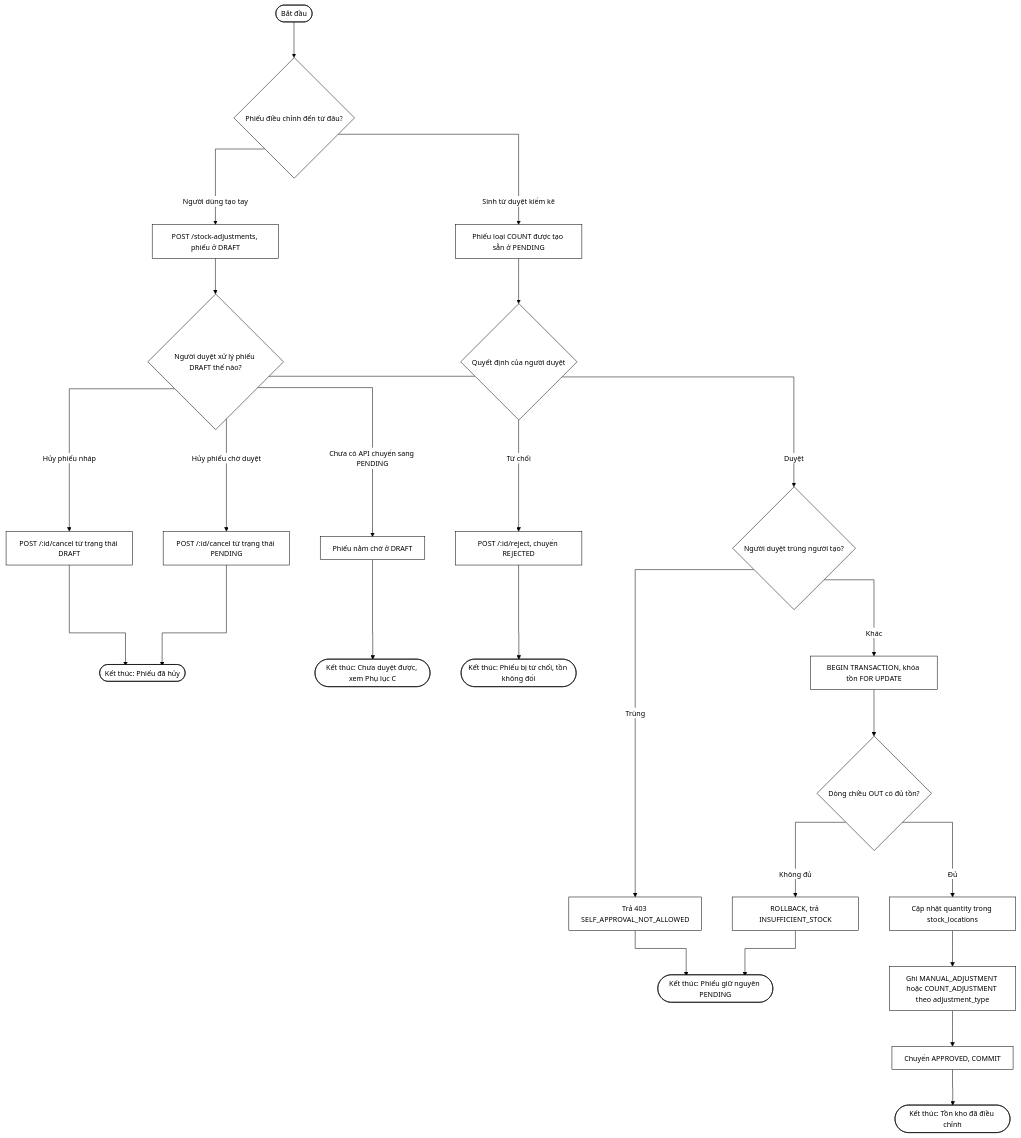
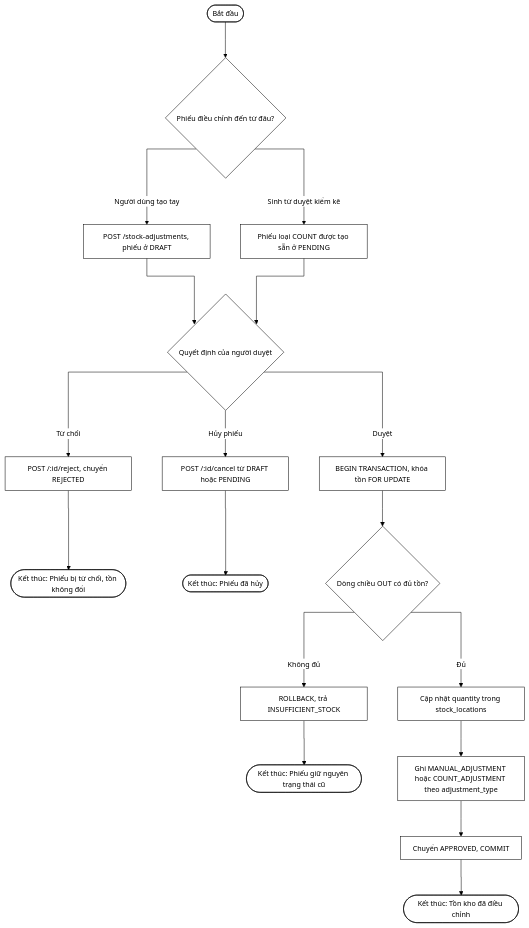
Before and after one commit to nguyenthihongnhu-dotcom/luanvan2026: the diagram in docs/diagrams/46_3-3-5_chuc-nang-dieu-chinh-ton-stock-adjustment_flow.mmd, drawn with Mermaid. The commit also changed 22 other files, not shown here.

```diff
--- a/docs/diagrams/46_3-3-5_chuc-nang-dieu-chinh-ton-stock-adjustment_flow.mmd
+++ b/docs/diagrams/46_3-3-5_chuc-nang-dieu-chinh-ton-stock-adjustment_flow.mmd
@@ -1,48 +1,41 @@
 %%{init: {
   'theme': 'base',
   'themeVariables': {
     'primaryColor': '#ffffff',
     'primaryBorderColor': '#000000',
     'primaryTextColor': '#000000',
     'secondaryColor': '#ffffff',
     'secondaryBorderColor': '#000000',
     'secondaryTextColor': '#000000',
     'tertiaryColor': '#ffffff',
     'tertiaryBorderColor': '#000000',
     'tertiaryTextColor': '#000000',
     'lineColor': '#000000',
     'textColor': '#000000',
     'mainBkg': '#ffffff',
     'nodeBorder': '#000000',
     'clusterBkg': '#ffffff',
     'clusterBorder': '#000000',
     'edgeLabelBackground': '#ffffff',
     'fontSize': '14px'
   },
   'flowchart': { 'curve': 'stepAfter', 'nodeSpacing': 60, 'rankSpacing': 70, 'padding': 12, 'useMaxWidth': false }
 }}%%
 flowchart TD
     Start(["Bắt đầu"]) --> A{"Phiếu điều chỉnh đến từ đâu?"}
     A -->|Người dùng tạo tay| B["POST /stock-adjustments, phiếu ở DRAFT"]
     A -->|Sinh từ duyệt kiểm kê| C["Phiếu loại COUNT được tạo sẵn ở PENDING"]
-    B --> Dn{"Người duyệt xử lý phiếu DRAFT thế nào?"}
-    Dn -->|Hủy phiếu nháp| D1["POST /:id/cancel từ trạng thái DRAFT"]
-    D1 --> End1(["Kết thúc: Phiếu đã hủy"])
-    Dn -->|Chưa có API chuyển sang PENDING| D2["Phiếu nằm chờ ở DRAFT"]
-    D2 --> End2(["Kết thúc: Chưa duyệt được, xem Phụ lục C"])
-    C --> E{"Quyết định của người duyệt"}
+    B --> E{"Quyết định của người duyệt"}
+    C --> E
     E -->|Từ chối| E1["POST /:id/reject, chuyển REJECTED"]
     E1 --> End3(["Kết thúc: Phiếu bị từ chối, tồn không đổi"])
-    E -->|Hủy phiếu chờ duyệt| E2["POST /:id/cancel từ trạng thái PENDING"]
-    E2 --> End1
-    E -->|Duyệt| F{"Người duyệt trùng người tạo?"}
-    F -->|Trùng| F1["Trả 403 SELF_APPROVAL_NOT_ALLOWED"]
-    F1 --> End4(["Kết thúc: Phiếu giữ nguyên PENDING"])
-    F -->|Khác| G["BEGIN TRANSACTION, khóa tồn FOR UPDATE"]
+    E -->|Hủy phiếu| E2["POST /:id/cancel từ DRAFT hoặc PENDING"]
+    E2 --> End1(["Kết thúc: Phiếu đã hủy"])
+    E -->|Duyệt| G["BEGIN TRANSACTION, khóa tồn FOR UPDATE"]
     G --> H{"Dòng chiều OUT có đủ tồn?"}
     H -->|Không đủ| H1["ROLLBACK, trả INSUFFICIENT_STOCK"]
-    H1 --> End4
+    H1 --> End4(["Kết thúc: Phiếu giữ nguyên trạng thái cũ"])
     H -->|Đủ| I["Cập nhật quantity trong stock_locations"]
     I --> J["Ghi MANUAL_ADJUSTMENT hoặc COUNT_ADJUSTMENT theo adjustment_type"]
     J --> K["Chuyển APPROVED, COMMIT"]
     K --> End5(["Kết thúc: Tồn kho đã điều chỉnh"])
```
